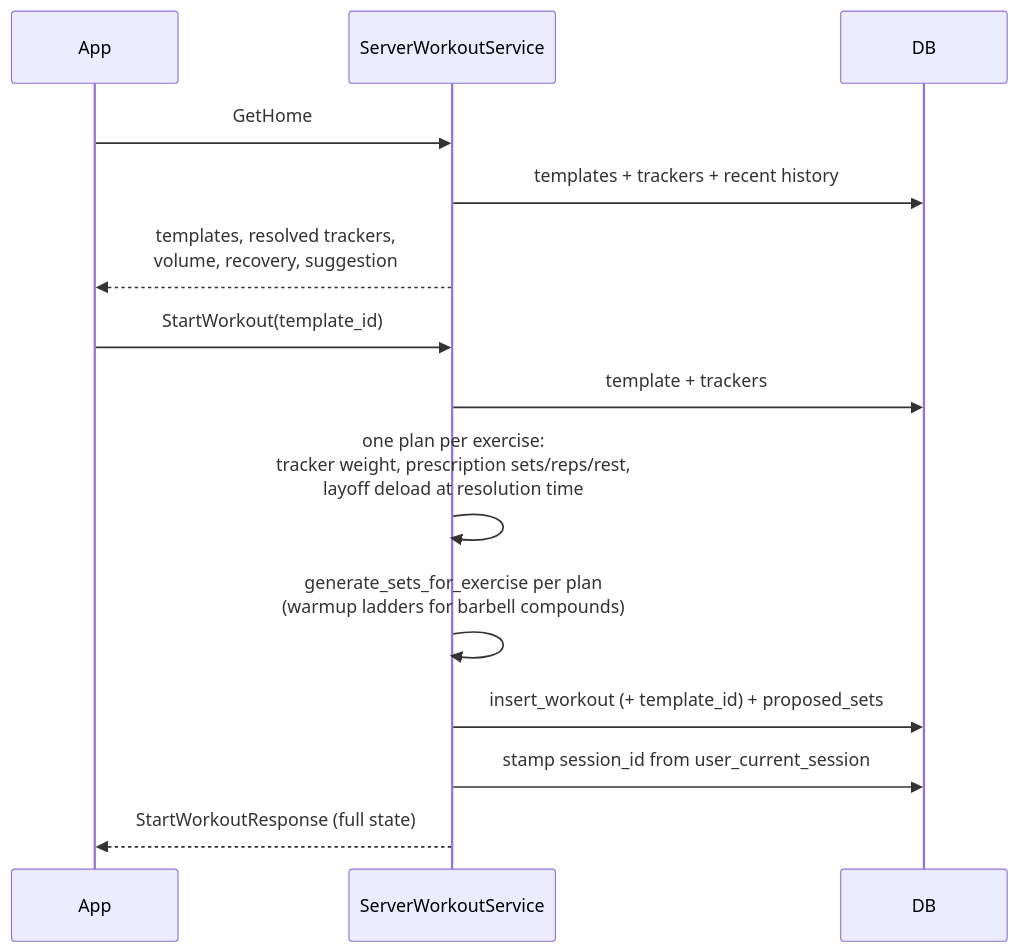
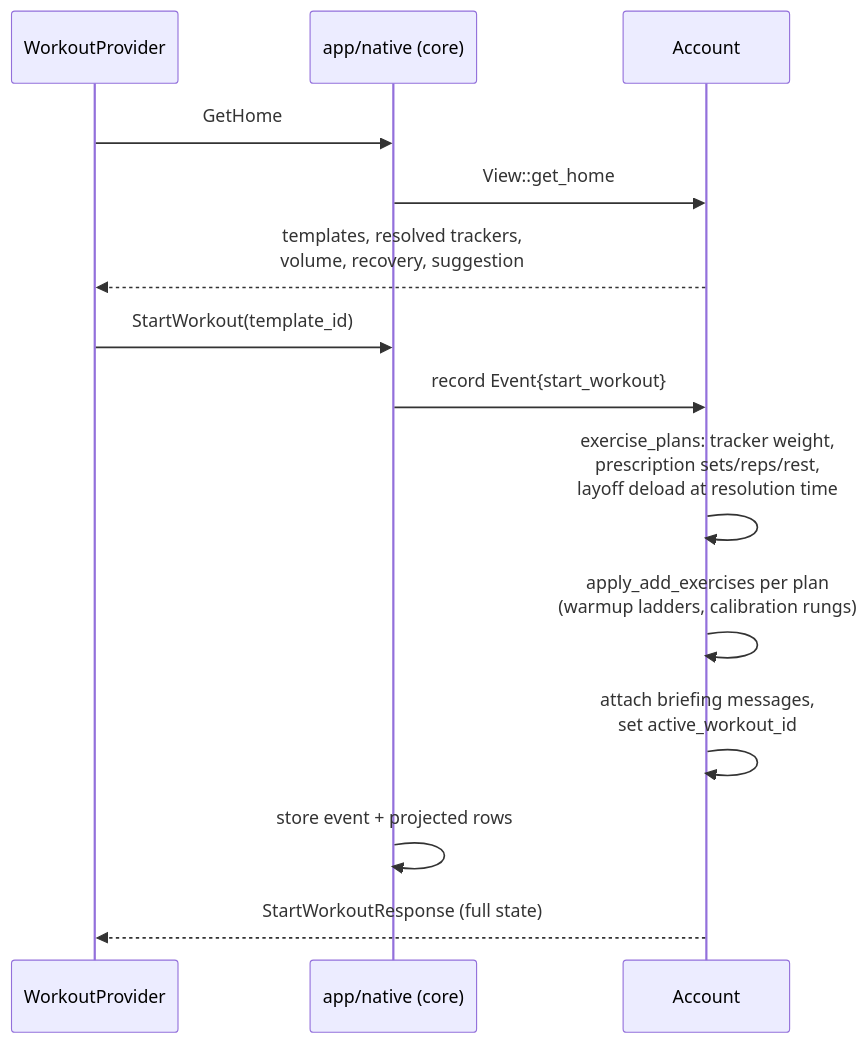
Before and after one commit to brensch/lift: the fourth of 7 diagrams in docs/architecture/workout-lifecycle.md, drawn with Mermaid. The commit also changed other lines of this file and 214 other files, not shown here.

````diff
--- a/docs/architecture/workout-lifecycle.md
+++ b/docs/architecture/workout-lifecycle.md
@@ -148,18 +155,18 @@
 ```mermaid
 sequenceDiagram
-    participant App
-    participant WS as ServerWorkoutService
-    participant DB
+    participant App as WorkoutProvider
+    participant N as app/native (core)
+    participant A as Account
 
-    App->>WS: GetHome
-    WS->>DB: templates + trackers + recent history
-    WS-->>App: templates, resolved trackers,<br/>volume, recovery, suggestion
+    App->>N: GetHome
+    N->>A: View::get_home
+    A-->>App: templates, resolved trackers,<br/>volume, recovery, suggestion
 
-    App->>WS: StartWorkout(template_id)
-    WS->>DB: template + trackers
-    WS->>WS: one plan per exercise:<br/>tracker weight, prescription sets/reps/rest,<br/>layoff deload at resolution time
-    WS->>WS: generate_sets_for_exercise per plan<br/>(warmup ladders for barbell compounds)
-    WS->>DB: insert_workout (+ template_id) + proposed_sets
-    WS->>DB: stamp session_id from user_current_session
-    WS-->>App: StartWorkoutResponse (full state)
+    App->>N: StartWorkout(template_id)
+    N->>A: record Event{start_workout}
+    A->>A: exercise_plans: tracker weight,<br/>prescription sets/reps/rest,<br/>layoff deload at resolution time
+    A->>A: apply_add_exercises per plan<br/>(warmup ladders, calibration rungs)
+    A->>A: attach briefing messages,<br/>set active_workout_id
+    N->>N: store event + projected rows
+    A-->>App: StartWorkoutResponse (full state)
 ```
````
